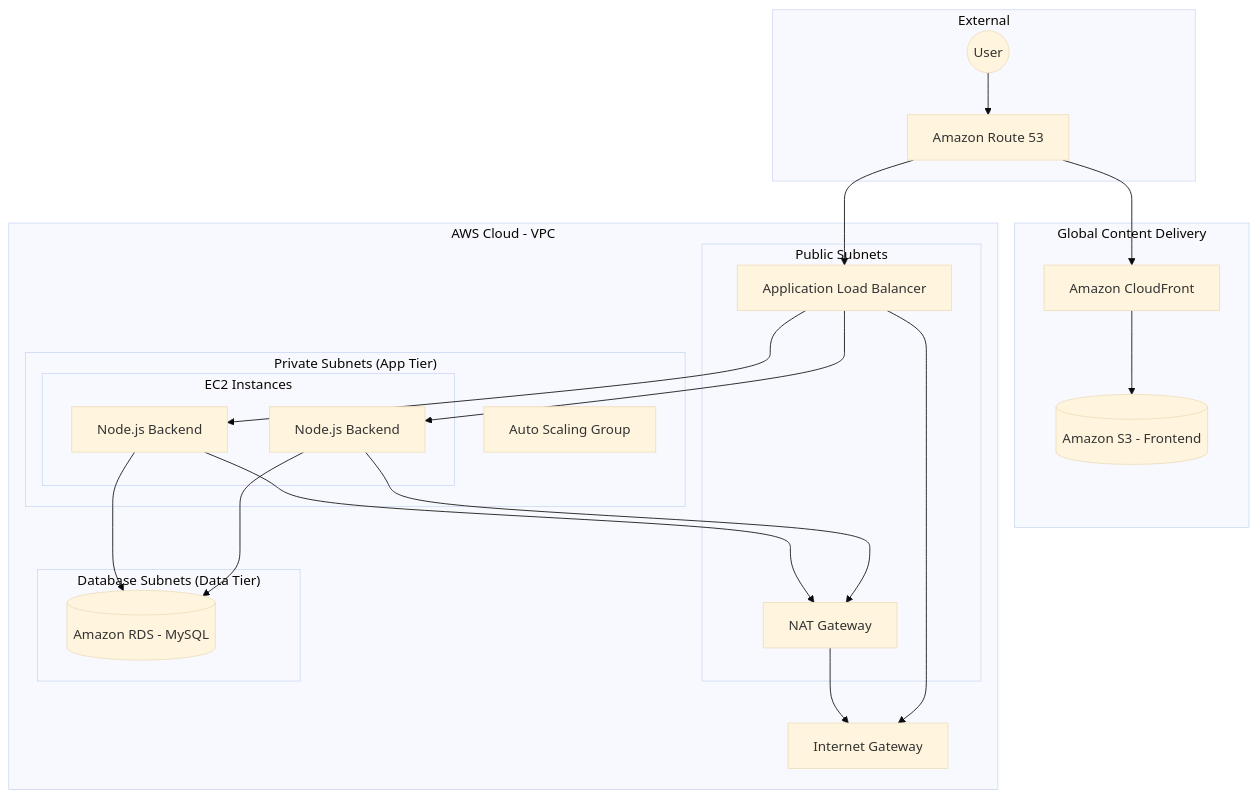
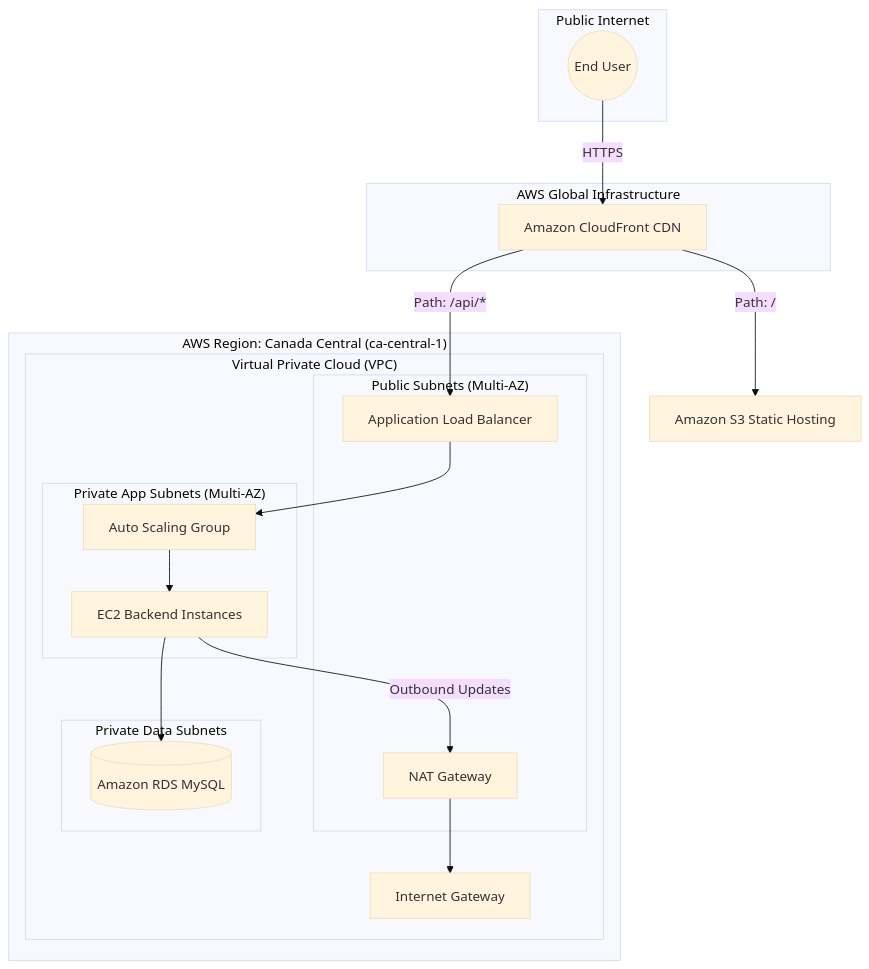
The diagram in README.md (Rishi-Cs-ms/aws-three-tier-architecture), drawn with Mermaid (base theme) before and after one commit. The commit also changed other lines of this file, not shown here.

````diff
--- a/README.md
+++ b/README.md
@@ -15,46 +16,39 @@
 ```mermaid
 graph TD
-    subgraph "External"
-        User((User))
-        Route53[Amazon Route 53]
+    subgraph "Public Internet"
+        User((End User))
     end
 
-    subgraph "Global Content Delivery"
-        CF[Amazon CloudFront]
-        S3Bucket[(Amazon S3 - Frontend)]
+    subgraph "AWS Global Infrastructure"
+        CF[Amazon CloudFront CDN]
     end
 
-    subgraph "AWS Cloud - VPC"
-        subgraph "Public Subnets"
-            ALB[Application Load Balancer]
-            NAT[NAT Gateway]
+    subgraph "AWS Region: Canada Central (ca-central-1)"
+        subgraph "Virtual Private Cloud (VPC)"
+            subgraph "Public Subnets (Multi-AZ)"
+                ALB[Application Load Balancer]
+                NAT[NAT Gateway]
+            end
+
+            subgraph "Private App Subnets (Multi-AZ)"
+                ASG[Auto Scaling Group]
+                EC2[EC2 Backend Instances]
+            end
+
+            subgraph "Private Data Subnets"
+                RDS[(Amazon RDS MySQL)]
+            end
+
+            IGW[Internet Gateway]
         end
-
-        subgraph "Private Subnets (App Tier)"
-            ASG[Auto Scaling Group]
-            subgraph "EC2 Instances"
-                BE1[Node.js Backend]
-                BE2[Node.js Backend]
-            end
-        end
-
-        subgraph "Database Subnets (Data Tier)"
-            RDS[(Amazon RDS - MySQL)]
-        end
-
-        IGW[Internet Gateway]
     end
 
-    User --> Route53
-    Route53 --> CF
-    CF --> S3Bucket
-    Route53 --> ALB
-    ALB --> BE1
-    ALB --> BE2
-    BE1 --> RDS
-    BE2 --> RDS
-    BE1 --> NAT
-    BE2 --> NAT
+    User -- HTTPS --> CF
+    CF -- Path: / --> S3[Amazon S3 Static Hosting]
+    CF -- Path: /api/* --> ALB
+    ALB --> ASG
+    ASG --> EC2
+    EC2 --> RDS
+    EC2 -- Outbound Updates --> NAT
     NAT --> IGW
-    ALB --> IGW
 ```
````
